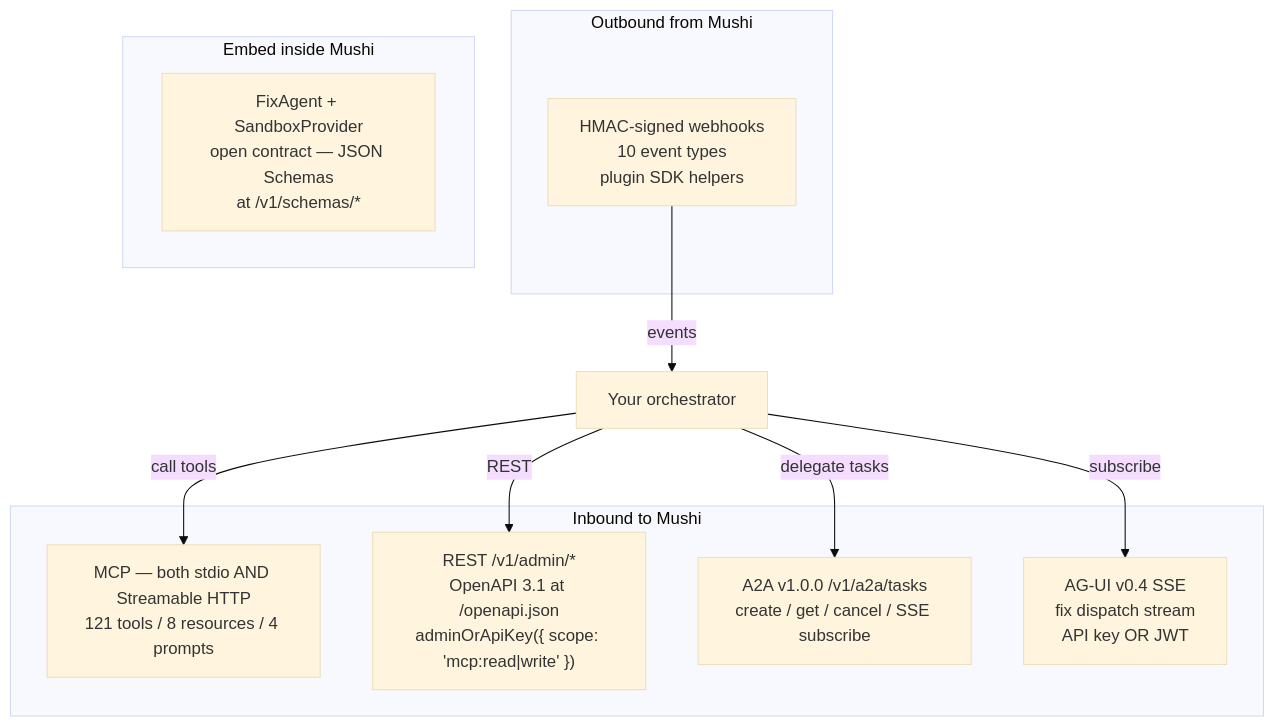
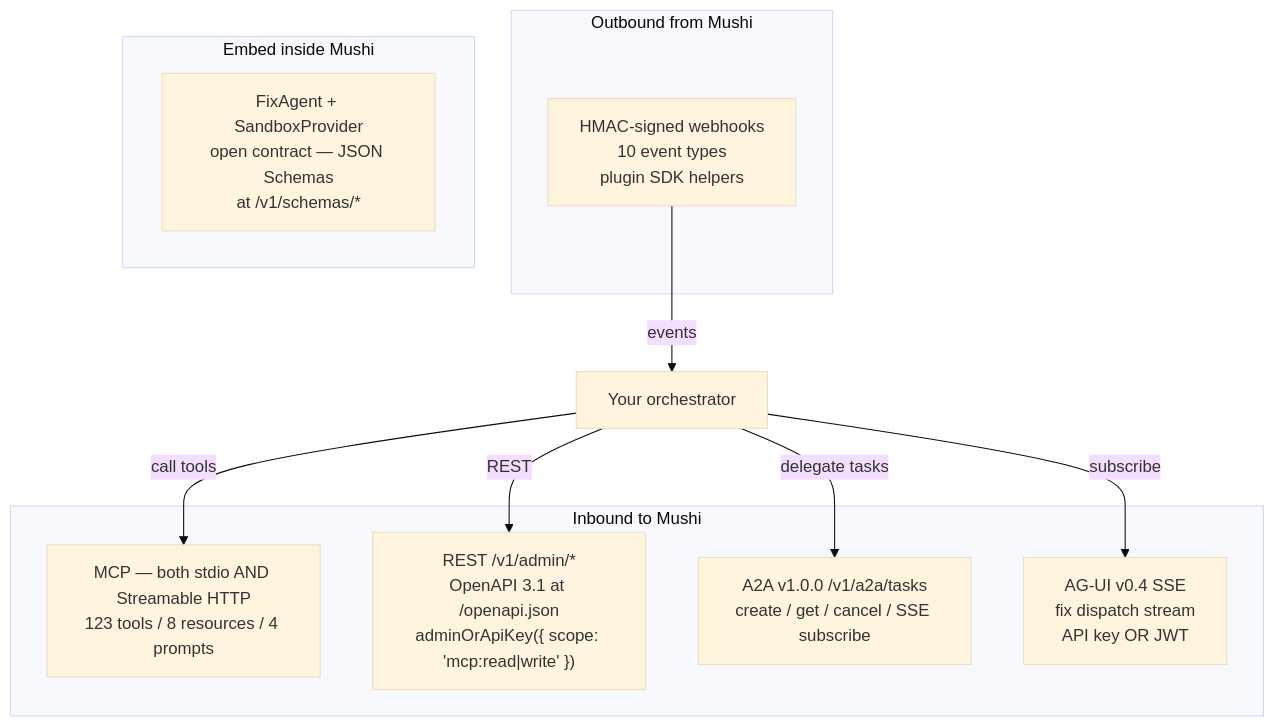
The diagram in apps/docs/public/llm-md/concepts/orchestrator-interop.md (kensaurus/mushi-mushi), drawn with Mermaid (base theme) before and after one commit. The commit also changed other lines of this file and 110 other files, not shown here.

````diff
--- a/apps/docs/public/llm-md/concepts/orchestrator-interop.md
+++ b/apps/docs/public/llm-md/concepts/orchestrator-interop.md
@@ -34,20 +34,20 @@
 ```mermaid
 flowchart TB
   subgraph Inbound["Inbound to Mushi"]
-    MCP["MCP — both stdio AND Streamable HTTP<br/>121 tools / 8 resources / 4 prompts"]
+    MCP["MCP — both stdio AND Streamable HTTP<br/>123 tools / 8 resources / 4 prompts"]
     REST["REST /v1/admin/*<br/>OpenAPI 3.1 at /openapi.json<br/>adminOrApiKey({ scope: 'mcp:read|write' })"]
     A2A["A2A v1.0.0 /v1/a2a/tasks<br/>create / get / cancel / SSE subscribe"]
     AGUI["AG-UI v0.4 SSE<br/>fix dispatch stream<br/>API key OR JWT"]
   end
   subgraph Outbound["Outbound from Mushi"]
     Hooks["HMAC-signed webhooks<br/>10 event types<br/>plugin SDK helpers"]
   end
   subgraph Native["Embed inside Mushi"]
     FA["FixAgent + SandboxProvider<br/>open contract — JSON Schemas<br/>at /v1/schemas/*"]
   end
   Orch["Your orchestrator"] -->|"call tools"| MCP
   Orch -->|"REST"| REST
   Orch -->|"delegate tasks"| A2A
   Orch -->|"subscribe"| AGUI
   Hooks -->|"events"| Orch
 ```
````
